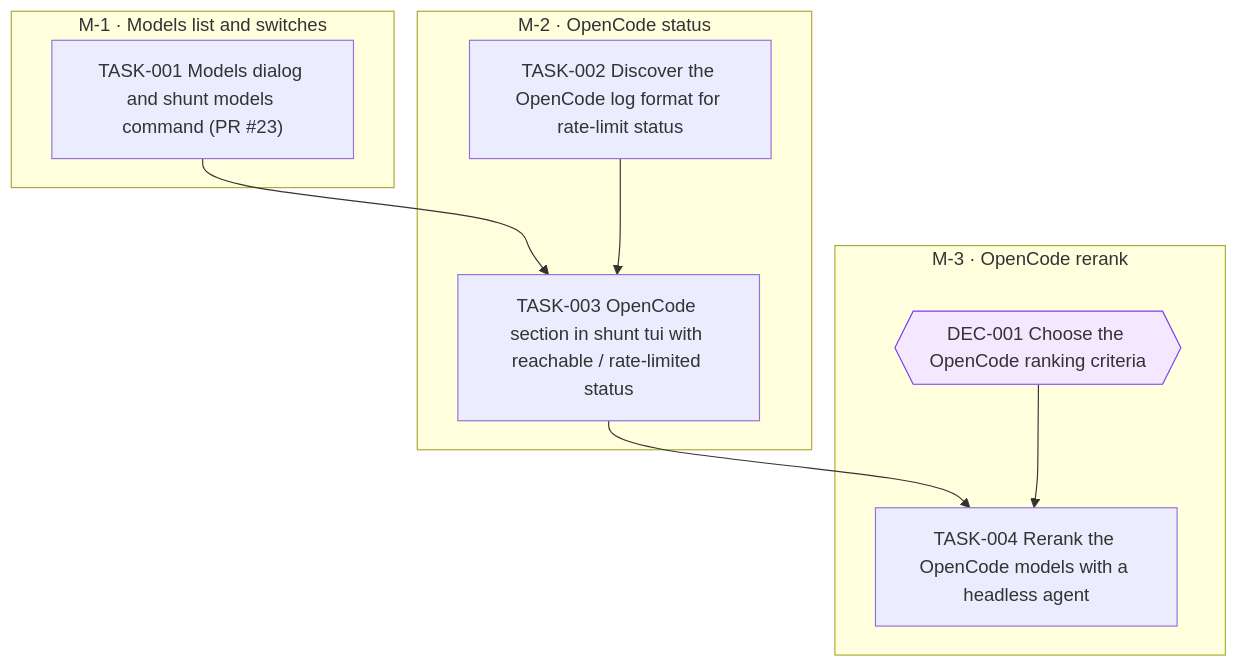
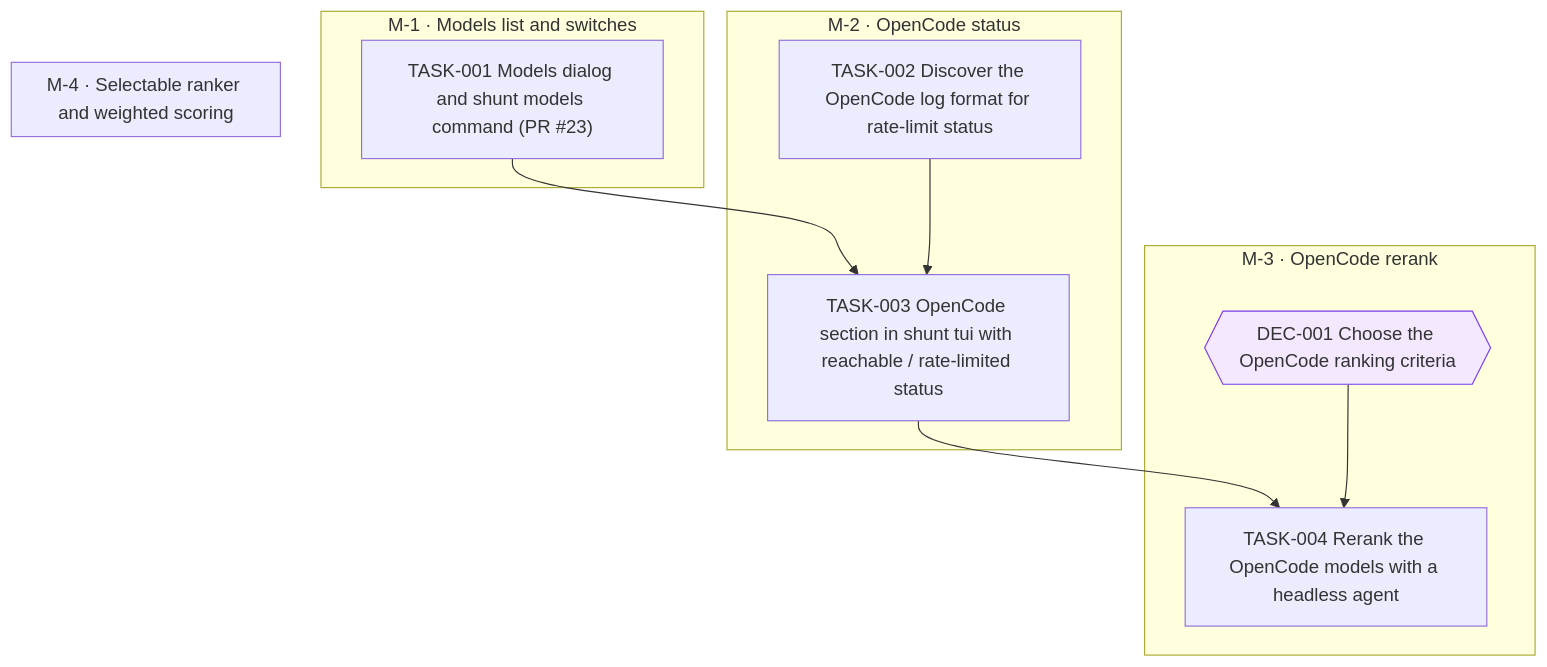
Before and after one commit to jesusvillota/shunt: the diagram in goals/model-filter/README.md, drawn with Mermaid. The commit also changed 1 other file, not shown here.

Commit message:
goal(model-filter): add SC-4 and M-4 for selectable ranker and weighted scoring

````diff
--- a/goals/model-filter/README.md
+++ b/goals/model-filter/README.md
@@ -48,22 +48,24 @@
 ```mermaid
 flowchart TD
   subgraph M_1["M-1 · Models list and switches"]
     TASK_001["TASK-001 Models dialog and shunt models command (PR #23)"]
   end
   subgraph M_2["M-2 · OpenCode status"]
     TASK_002["TASK-002 Discover the OpenCode log format for rate-limit status"]
     TASK_003["TASK-003 OpenCode section in shunt tui with reachable / rate-limited status"]
   end
   subgraph M_3["M-3 · OpenCode rerank"]
     DEC_001{{"DEC-001 Choose the OpenCode ranking criteria"}}
     TASK_004["TASK-004 Rerank the OpenCode models with a headless agent"]
   end
+  subgraph M_4["M-4 · Selectable ranker and weighted scoring"]
+  end
   TASK_001 --> TASK_003
   TASK_002 --> TASK_003
   TASK_003 --> TASK_004
   DEC_001 --> TASK_004
   classDef draft stroke-dasharray: 4 3
   classDef cancelled opacity:0.45
   classDef decision fill:#f3e8ff,stroke:#7c3aed
   class DEC_001 decision
 ```
````
